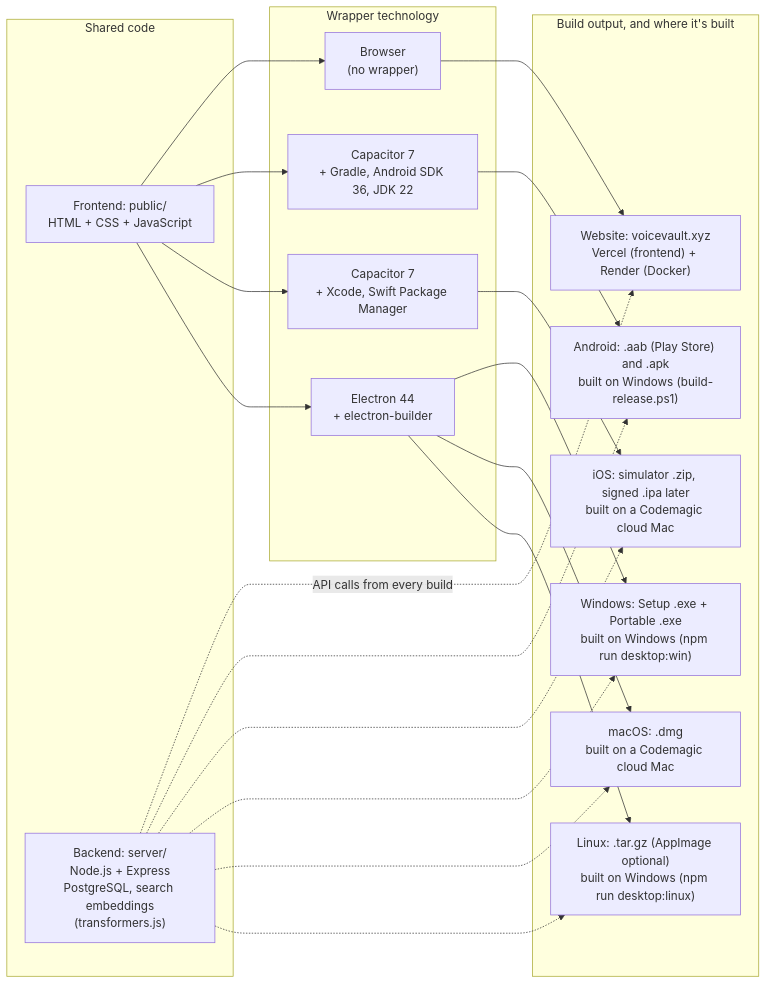
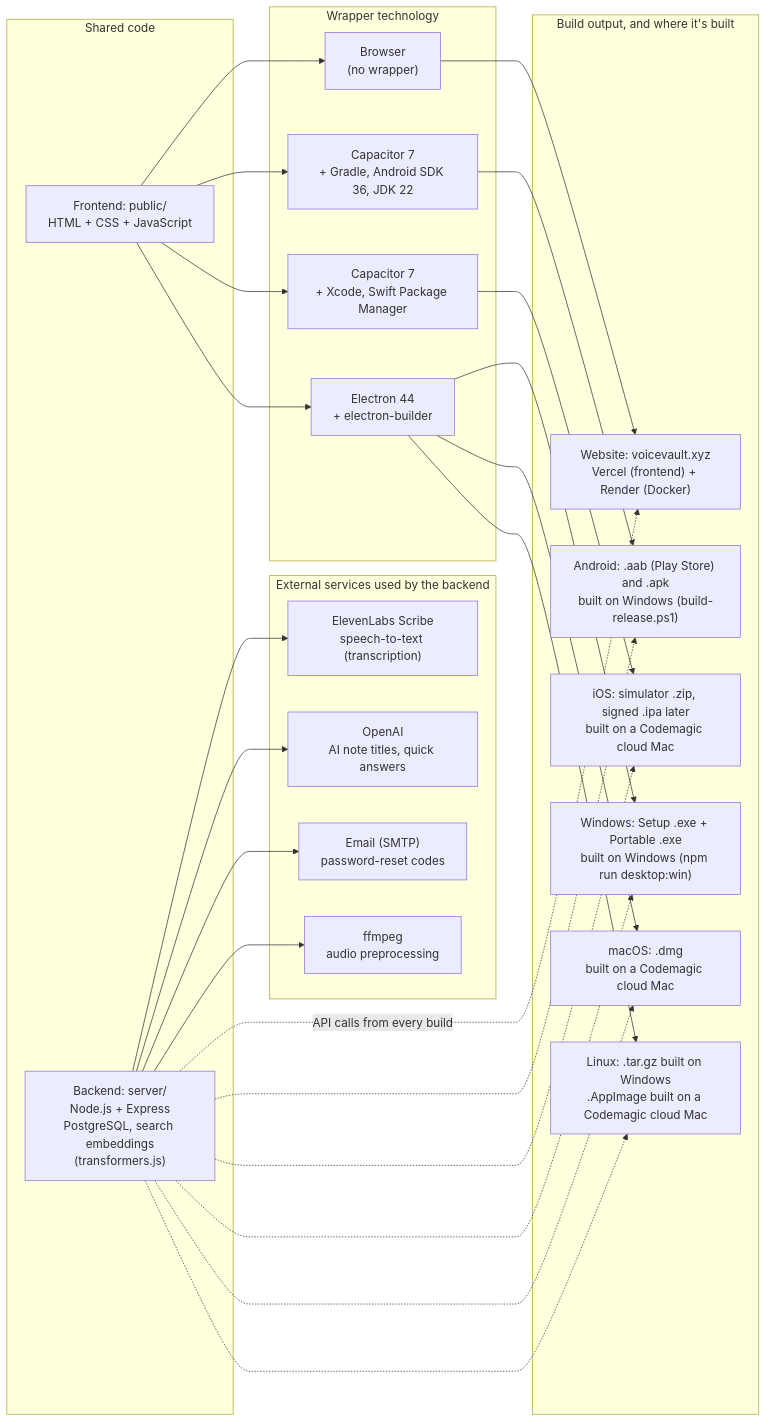
The diagram in NoteVault_Edits_made.md (1218Anubhavmishra/NoteVault), drawn with Mermaid before and after one commit. The commit also changed other lines of this file and 16 other files, not shown here.

Commit message:
Docs: ElevenLabs and other backend services in the build map, AppImage via Codemagic, refreshed screenshots and reports

````diff
--- a/NoteVault_Edits_made.md
+++ b/NoteVault_Edits_made.md
@@ -57,36 +57,47 @@
 ```mermaid
 flowchart LR
   subgraph Shared["Shared code"]
     FE["Frontend: public/<br/>HTML + CSS + JavaScript"]
     BE["Backend: server/<br/>Node.js + Express<br/>PostgreSQL, search embeddings<br/>(transformers.js)"]
+  end
+
+  subgraph External["External services used by the backend"]
+    EL["ElevenLabs Scribe<br/>speech-to-text (transcription)"]
+    OAI["OpenAI<br/>AI note titles, quick answers"]
+    SMTP["Email (SMTP)<br/>password-reset codes"]
+    FF["ffmpeg<br/>audio preprocessing"]
   end
 
   subgraph Wrappers["Wrapper technology"]
     WEB["Browser<br/>(no wrapper)"]
     CAPA["Capacitor 7<br/>+ Gradle, Android SDK 36, JDK 22"]
     CAPI["Capacitor 7<br/>+ Xcode, Swift Package Manager"]
     ELE["Electron 44<br/>+ electron-builder"]
   end
 
   subgraph Builds["Build output, and where it's built"]
     W["Website: voicevault.xyz<br/>Vercel (frontend) + Render (Docker)"]
     A["Android: .aab (Play Store) and .apk<br/>built on Windows (build-release.ps1)"]
     I["iOS: simulator .zip, signed .ipa later<br/>built on a Codemagic cloud Mac"]
     D["Windows: Setup .exe + Portable .exe<br/>built on Windows (npm run desktop:win)"]
     M["macOS: .dmg<br/>built on a Codemagic cloud Mac"]
-    L["Linux: .tar.gz (AppImage optional)<br/>built on Windows (npm run desktop:linux)"]
+    L["Linux: .tar.gz built on Windows<br/>.AppImage built on a Codemagic cloud Mac"]
   end
 
+  BE --> EL
+  BE --> OAI
+  BE --> SMTP
+  BE --> FF
   FE --> WEB --> W
   FE --> CAPA --> A
   FE --> CAPI --> I
   FE --> ELE --> D
   ELE --> M
   ELE --> L
   BE -. "API calls from every build" .-> W
   BE -.-> A
   BE -.-> I
   BE -.-> D
   BE -.-> M
   BE -.-> L
 ```
````
